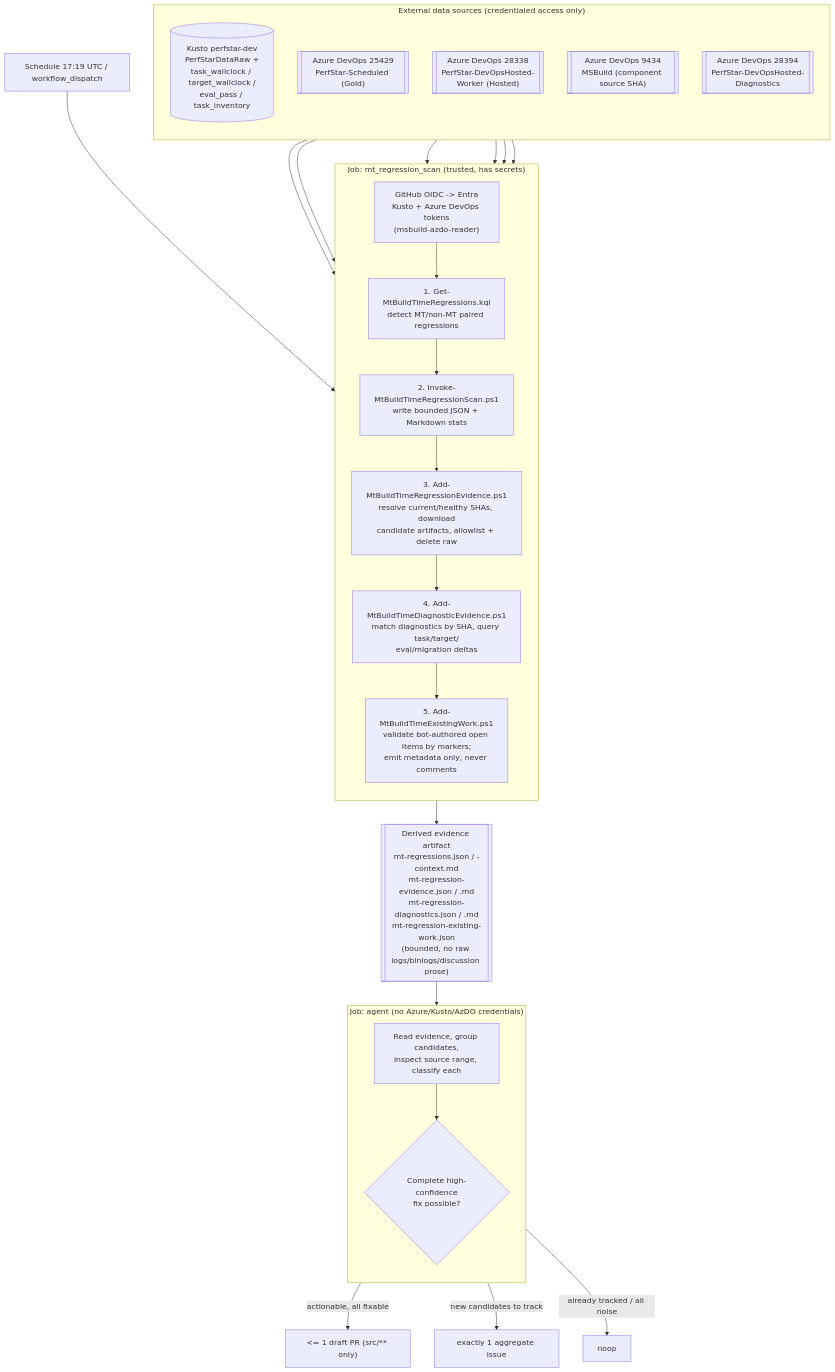
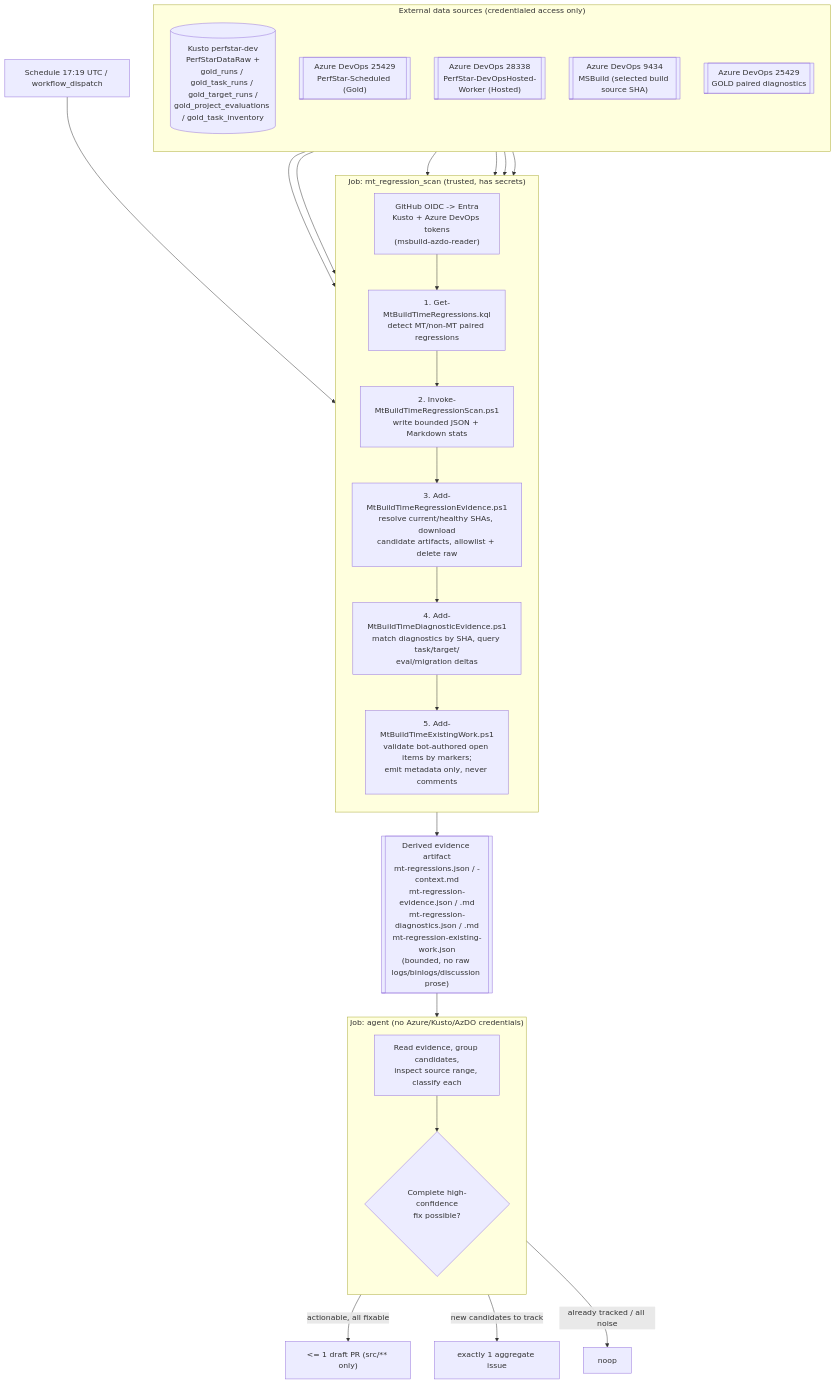
One commit to dotnet/msbuild changed the diagram in .github/docs/mt-build-regression-agent.md. Above: the diagram before and after it, drawn with Mermaid. The commit also changed other lines of this file and 14 other files, not shown here.

First line of the commit message:
Refresh PerfStar MT regression workflow compatibility

````diff
--- a/.github/docs/mt-build-regression-agent.md
+++ b/.github/docs/mt-build-regression-agent.md
@@ -30,46 +30,46 @@
 ```mermaid
 flowchart TD
     trigger["Schedule 17:19 UTC / workflow_dispatch"] --> scan
 
     subgraph sources["External data sources (credentialed access only)"]
         direction TB
-        kusto[("Kusto perfstar-dev<br/>PerfStarDataRaw +<br/>task_wallclock / target_wallclock /<br/>eval_pass / task_inventory")]
+        kusto[("Kusto perfstar-dev<br/>PerfStarDataRaw +<br/>gold_runs / gold_task_runs / gold_target_runs /<br/>gold_project_evaluations / gold_task_inventory")]
         azdoGold[["Azure DevOps 25429<br/>PerfStar-Scheduled (Gold)"]]
         azdoHosted[["Azure DevOps 28338<br/>PerfStar-DevOpsHosted-Worker (Hosted)"]]
-        azdoMsbuild[["Azure DevOps 9434<br/>MSBuild (component source SHA)"]]
-        azdoDiag[["Azure DevOps 28394<br/>PerfStar-DevOpsHosted-Diagnostics"]]
+        azdoMsbuild[["Azure DevOps 9434<br/>MSBuild (selected build source SHA)"]]
+        azdoDiag[["Azure DevOps 25429<br/>GOLD paired diagnostics"]]
     end
 
     subgraph scan["Job: mt_regression_scan (trusted, has secrets)"]
         direction TB
         oidc["GitHub OIDC -> Entra<br/>Kusto + Azure DevOps tokens<br/>(msbuild-azdo-reader)"]
         step1["1. Get-MtBuildTimeRegressions.kql<br/>detect MT/non-MT paired regressions"]
         step2["2. Invoke-MtBuildTimeRegressionScan.ps1<br/>write bounded JSON + Markdown stats"]
         step3["3. Add-MtBuildTimeRegressionEvidence.ps1<br/>resolve current/healthy SHAs, download<br/>candidate artifacts, allowlist + delete raw"]
         step4["4. Add-MtBuildTimeDiagnosticEvidence.ps1<br/>match diagnostics by SHA, query task/target/<br/>eval/migration deltas"]
         step5["5. Add-MtBuildTimeExistingWork.ps1<br/>validate bot-authored open items by markers;<br/>emit metadata only, never comments"]
         oidc --> step1 --> step2 --> step3 --> step4 --> step5
     end
 
     kusto --> step1
     azdoMsbuild --> step3
     azdoGold --> step3
     azdoHosted --> step3
     azdoDiag --> step4
     kusto --> step4
 
     step5 --> artifact[["Derived evidence artifact<br/>mt-regressions.json / -context.md<br/>mt-regression-evidence.json / .md<br/>mt-regression-diagnostics.json / .md<br/>mt-regression-existing-work.json<br/>(bounded, no raw logs/binlogs/discussion prose)"]]
 
     artifact --> agent
 
     subgraph agent["Job: agent (no Azure/Kusto/AzDO credentials)"]
         direction TB
         investigate["Read evidence, group candidates,<br/>inspect source range, classify each"]
         decide{"Complete high-confidence<br/>fix possible?"}
         investigate --> decide
     end
 
     decide -->|actionable, all fixable| pr["&lt;= 1 draft PR (src/** only)"]
     decide -->|new candidates to track| issue["exactly 1 aggregate issue"]
     decide -->|already tracked / all noise| noop["noop"]
 ```
````
